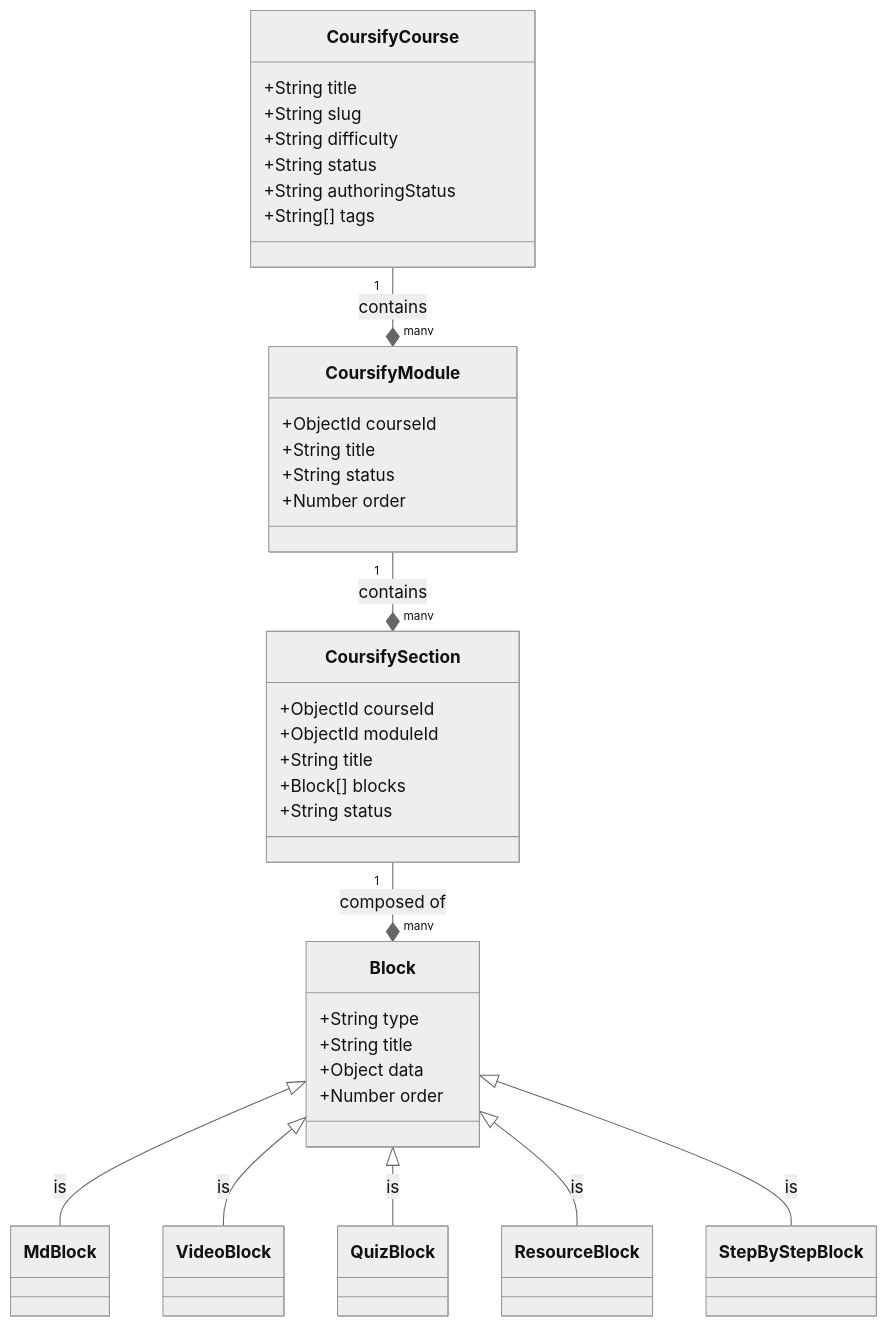
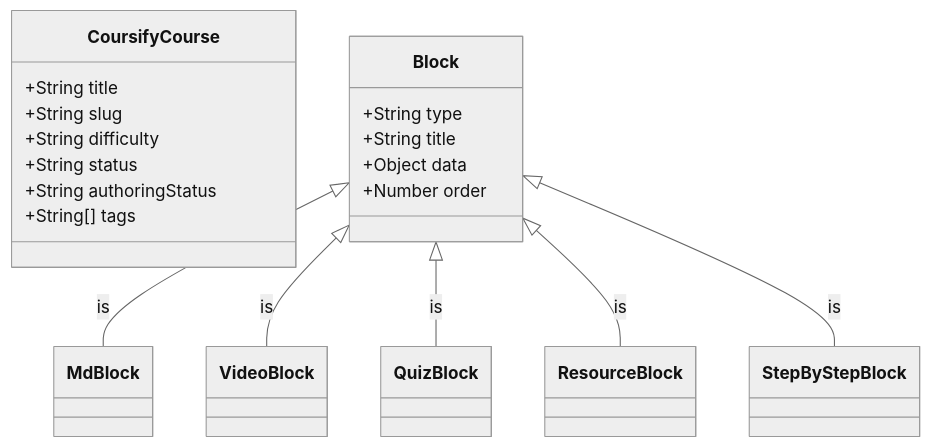
Before and after one commit to hasanraiyan/resume: the diagram in .agent/skills/coursify-studio/references/schemas.md, drawn with Mermaid (neutral theme). The commit also changed other lines of this file and 9 other files, not shown here.

Commit message:
feat(coursify): enhance documentation and improve block rendering logic

````diff
--- a/.agent/skills/coursify-studio/references/schemas.md
+++ b/.agent/skills/coursify-studio/references/schemas.md
@@ -3,40 +3,23 @@
 ```mermaid
 classDiagram
     class CoursifyCourse {
         +String title
         +String slug
         +String difficulty
         +String status
         +String authoringStatus
         +String[] tags
     }
-    class CoursifyModule {
-        +ObjectId courseId
-        +String title
-        +String status
-        +Number order
-    }
-    class CoursifySection {
-        +ObjectId courseId
-        +ObjectId moduleId
-        +String title
-        +Block[] blocks
-        +String status
-    }
     class Block {
         +String type
         +String title
         +Object data
         +Number order
     }
 
-    CoursifyCourse "1" --* "many" CoursifyModule : contains
-    CoursifyModule "1" --* "many" CoursifySection : contains
-    CoursifySection "1" --* "many" Block : composed of
-
     Block <|-- MdBlock : is
     Block <|-- VideoBlock : is
     Block <|-- QuizBlock : is
     Block <|-- ResourceBlock : is
     Block <|-- StepByStepBlock : is
 ```
````
